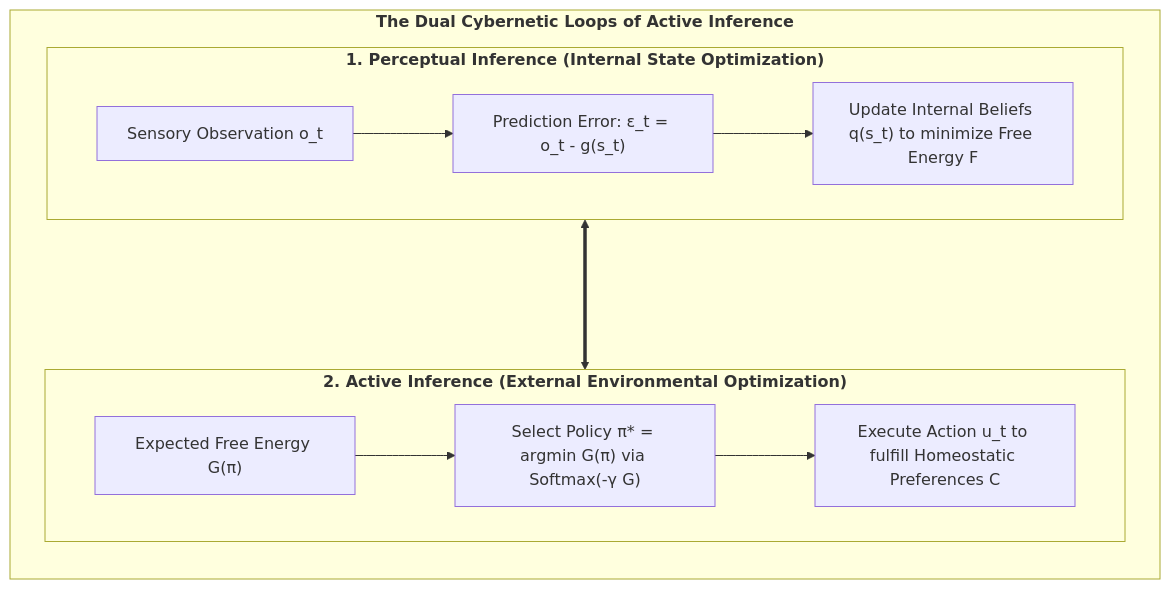
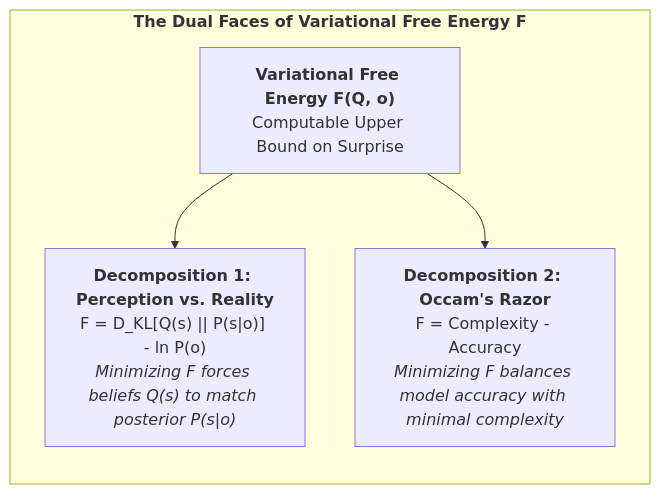
One commit to Thriebl/active-inference-phi-network changed the tenth of 50 diagrams in book/build/CIF_Monograph_EN.md. Above: the diagram before and after it, drawn with Mermaid. The commit also changed other lines of this file and 19 other files, not shown here.

````diff
--- a/book/build/CIF_Monograph_EN.md
+++ b/book/build/CIF_Monograph_EN.md
@@ -202,18 +436,15 @@
 ```mermaid
 flowchart TD
-    subgraph DUAL_LOOPS["<b>The Dual Cybernetic Loops of Active Inference</b>"]
+    subgraph FE_DECOMPOSITION["<b>The Dual Faces of Variational Free Energy F</b>"]
         direction TB
         
-        subgraph PERCEPTION["<b>1. Perceptual Inference (Internal State Optimization)</b>"]
-            P1["Sensory Observation o_t"] --> P2["Prediction Error: ε_t = o_t - g(s_t)"]
-            P2 --> P3["Update Internal Beliefs q(s_t) to minimize Free Energy F"]
-        end
+        F_TOP["<b>Variational Free Energy F(Q, o)</b><br>Computable Upper Bound on Surprise"]
         
-        subgraph ACTION["<b>2. Active Inference (External Environmental Optimization)</b>"]
-            A1["Expected Free Energy G(π)"] --> A2["Select Policy π* = argmin G(π) via Softmax(-γ G)"]
-            A2 --> A3["Execute Action u_t to fulfill Homeostatic Preferences C"]
-        end
+        DEC_1["<b>Decomposition 1: Perception vs. Reality</b><br>F = D_KL[Q(s) || P(s|o)] - ln P(o)<br><i>Minimizing F forces beliefs Q(s) to match posterior P(s|o)</i>"]
         
-        PERCEPTION <===> ACTION
+        DEC_2["<b>Decomposition 2: Occam's Razor</b><br>F = Complexity - Accuracy<br><i>Minimizing F balances model accuracy with minimal complexity</i>"]
+        
+        F_TOP --> DEC_1
+        F_TOP --> DEC_2
     end
 ```
````
